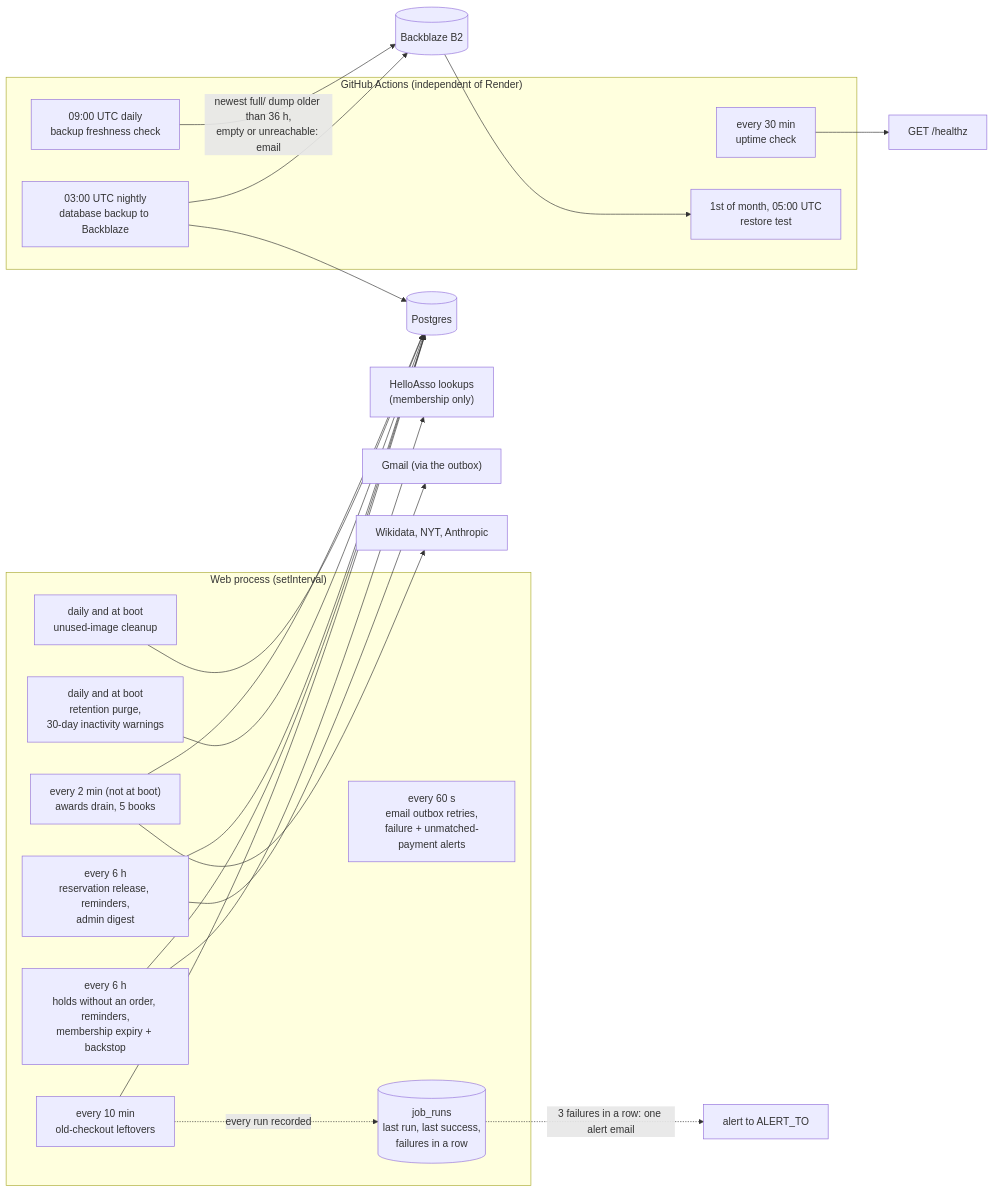
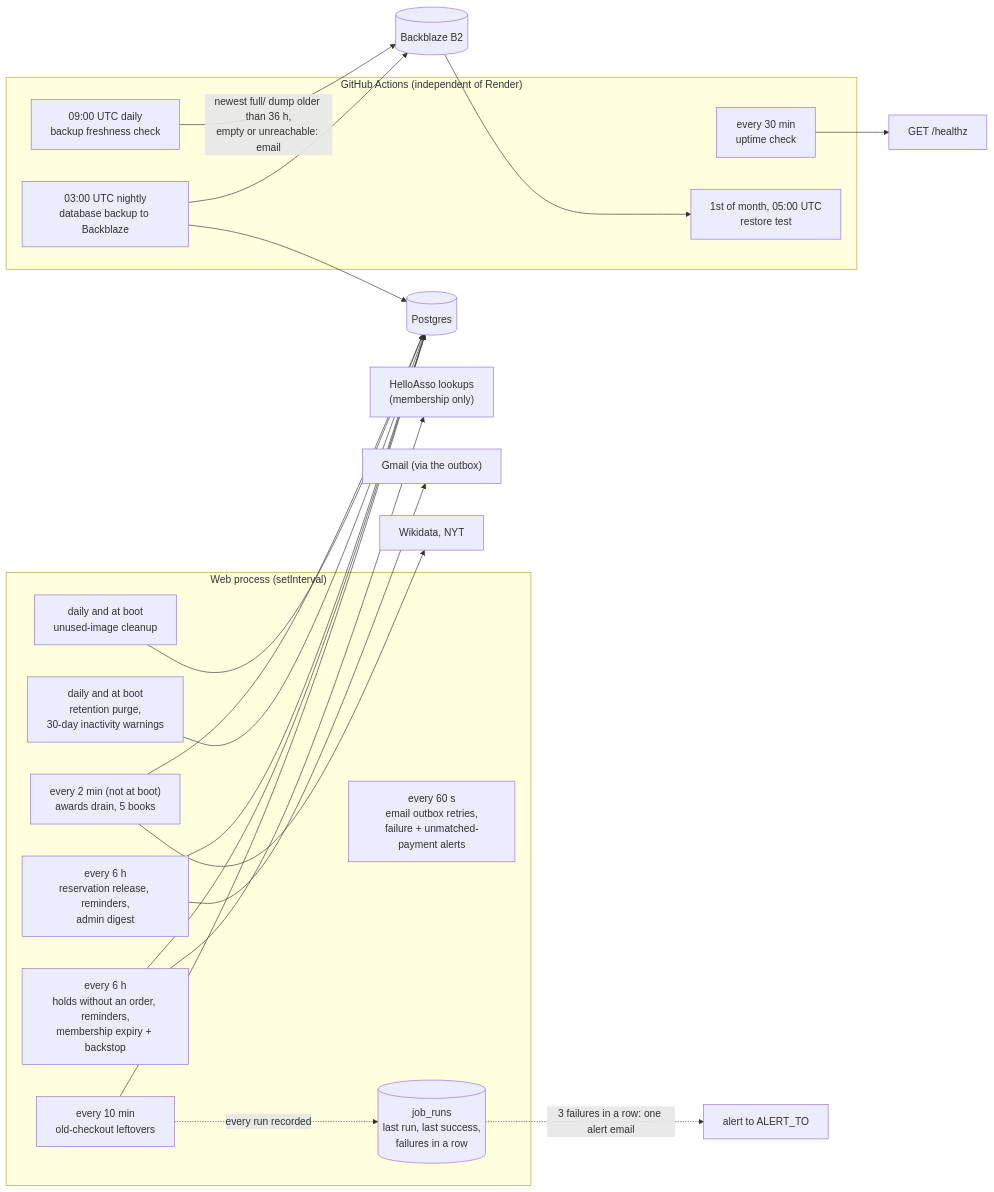
Diagram 11 of 15 in docs/architecture.md (umasbooksadmin/umasbookswebsite), drawn with Mermaid before and after one commit. The commit also changed other lines of this file and 20 other files, not shown here.

````diff
--- a/docs/architecture.md
+++ b/docs/architecture.md
@@ -917,35 +910,35 @@
 ```mermaid
 flowchart LR
   subgraph proc["Web process (setInterval)"]
     A["every 10 min<br/>old-checkout leftovers"] 
     C["every 6 h<br/>holds without an order, reminders,<br/>membership expiry + backstop"]
     OF["every 6 h<br/>reservation release, reminders,<br/>admin digest"]
     OB["every 60 s<br/>email outbox retries,<br/>failure + unmatched-payment alerts"]
     P["daily and at boot<br/>retention purge,<br/>30-day inactivity warnings"]
     IC["daily and at boot<br/>unused-image cleanup"]
     AW["every 2 min (not at boot)<br/>awards drain, 5 books"]
     JR[("job_runs<br/>last run, last success,<br/>failures in a row")]
   end
   subgraph gha["GitHub Actions (independent of Render)"]
     D["every 30 min<br/>uptime check"]
     E["03:00 UTC nightly<br/>database backup to Backblaze"]
     F["1st of month, 05:00 UTC<br/>restore test"]
     FR["09:00 UTC daily<br/>backup freshness check"]
   end
   A --> DB[("Postgres")]
   C --> DB
   C --> HA["HelloAsso lookups<br/>(membership only)"]
   OF --> DB
   OF --> GMX["Gmail (via the outbox)"]
   D --> W["GET /healthz"]
   P --> DB
   E --> DB
   E --> BK[("Backblaze B2")]
   BK --> F
   FR -->|"newest full/ dump older than 36 h,<br/>empty or unreachable: email"| BK
   IC --> DB
   AW --> DB
   A -. "every run recorded" .-> JR
   JR -. "3 failures in a row: one alert email" .-> OBX["alert to ALERT_TO"]
-  AW --> EXT["Wikidata, NYT, Anthropic"]
+  AW --> EXT["Wikidata, NYT"]
 ```
````
